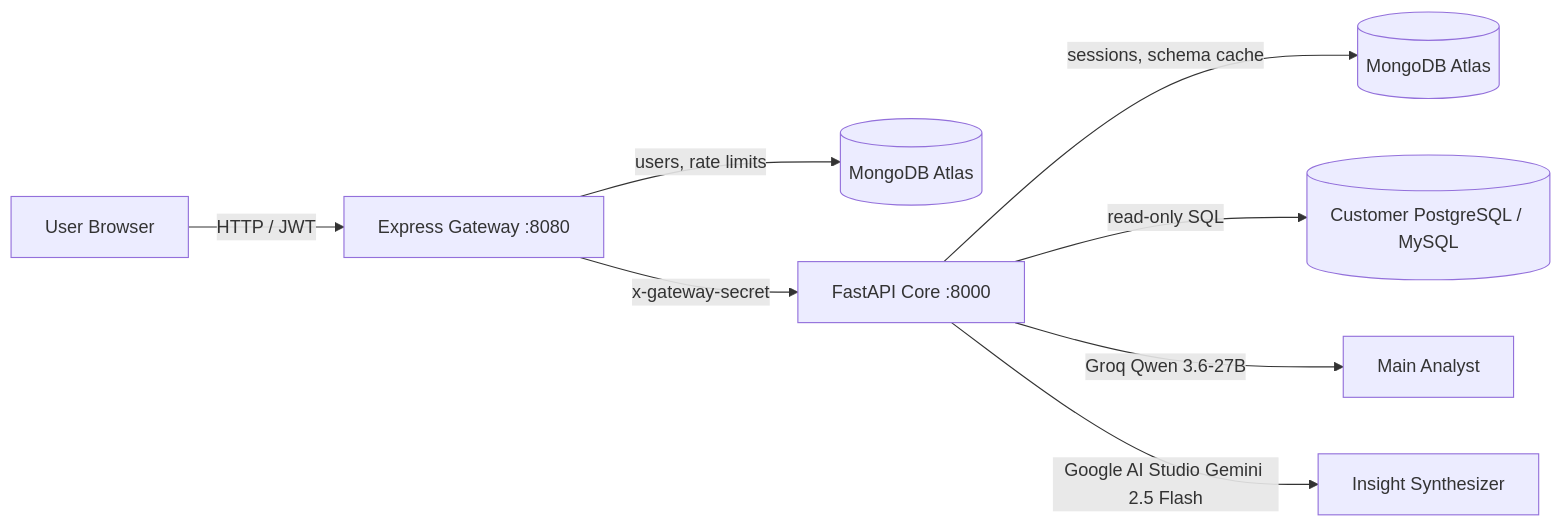
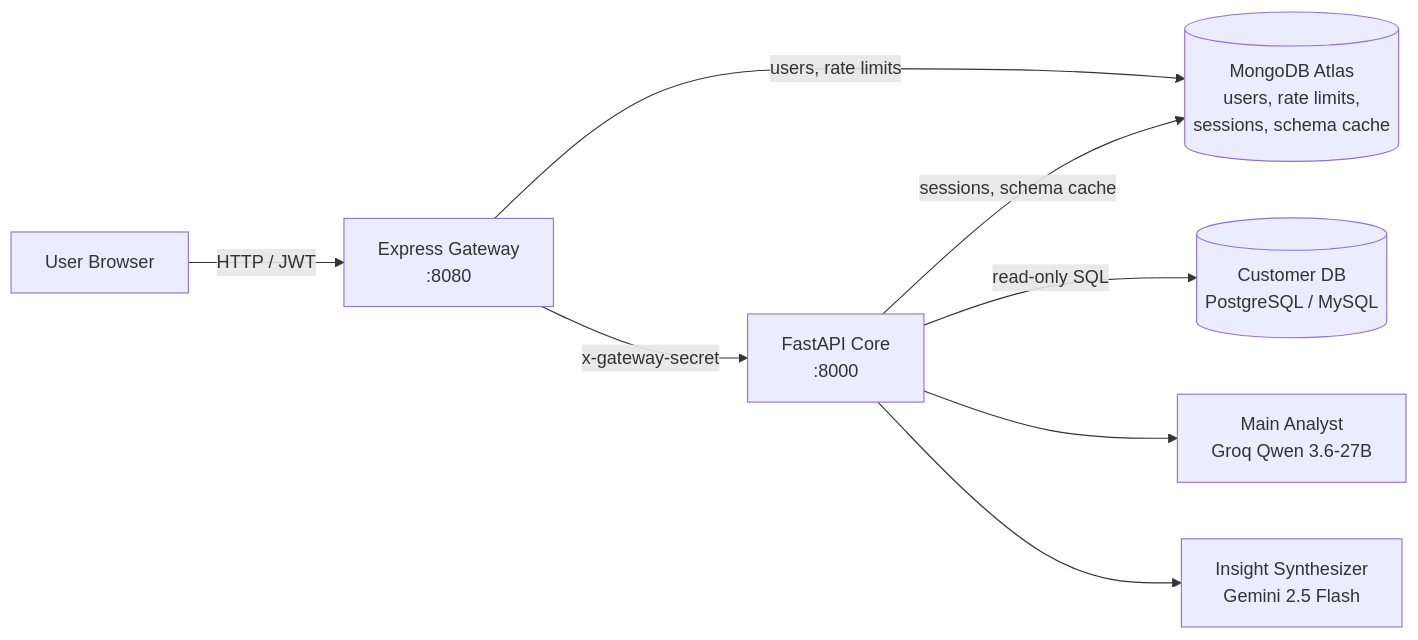
Before and after one commit to harysri/AskDB: the diagram in README.md, drawn with Mermaid. The commit also changed 3 other files, not shown here.

Commit message:
Update placeholders in Login and Signup forms for clarity; modify trusted_gateway_header_secret and credentials_encryption_key to empty strings

````diff
--- a/README.md
+++ b/README.md
@@ -148,10 +148,18 @@
 ```mermaid
 flowchart LR
-    U[User Browser] -->|HTTP / JWT| G[Express Gateway :8080]
-    G -->|users, rate limits| A[(MongoDB Atlas)]
-    G -->|x-gateway-secret| C[FastAPI Core :8000]
-    C -->|sessions, schema cache| B[(MongoDB Atlas)]
-    C -->|read-only SQL| D[(Customer PostgreSQL / MySQL)]
-    C -->|Groq Qwen 3.6-27B| E[Main Analyst]
-    C -->|Google AI Studio Gemini 2.5 Flash| I[Insight Synthesizer]
+    U["User Browser"]
+    G["Express Gateway<br/>:8080"]
+    C["FastAPI Core<br/>:8000"]
+    M[("MongoDB Atlas<br/>users, rate limits,<br/>sessions, schema cache")]
+    D[("Customer DB<br/>PostgreSQL / MySQL")]
+    E["Main Analyst<br/>Groq Qwen 3.6-27B"]
+    I["Insight Synthesizer<br/>Gemini 2.5 Flash"]
+
+    U -->|"HTTP / JWT"| G
+    G -->|"users, rate limits"| M
+    G -->|"x-gateway-secret"| C
+    C -->|"sessions, schema cache"| M
+    C -->|"read-only SQL"| D
+    C --> E
+    C --> I
 ```
````
